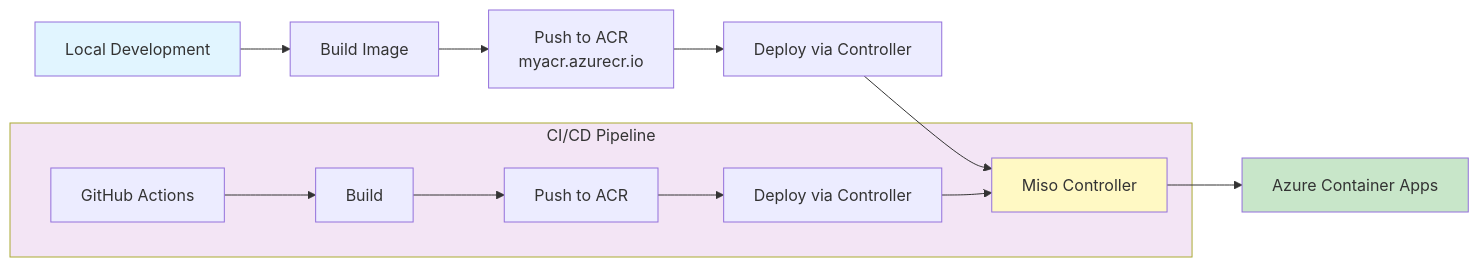
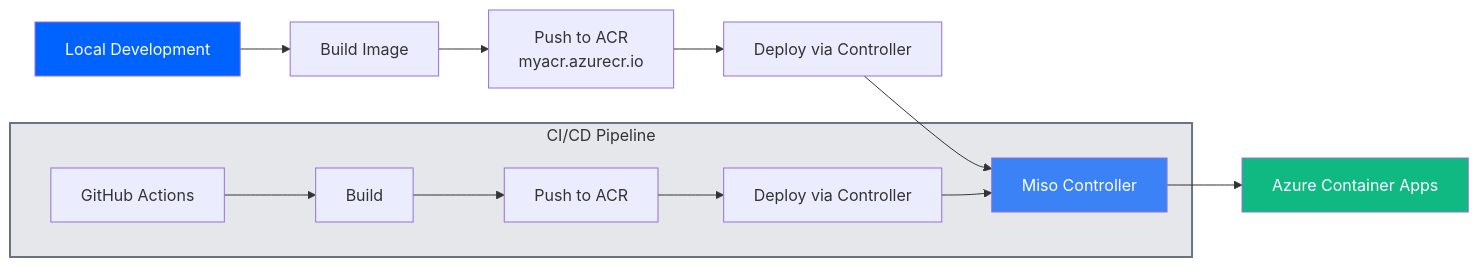
One commit to esystemsdev/aifabrix-builder changed the first of 4 diagrams in docs/DEPLOYING.md. Above: the diagram before and after it, drawn with Mermaid. The commit also changed other lines of this file and 9 other files, not shown here.

````diff
--- a/docs/DEPLOYING.md
+++ b/docs/DEPLOYING.md
@@ -45,20 +45,20 @@
 ```mermaid
 flowchart LR
     Local[Local Development] --> Build[Build Image]
     Build --> Push[Push to ACR<br/>myacr.azurecr.io]
     Push --> Deploy[Deploy via Controller]
     Deploy --> Controller[Miso Controller]
     Controller --> Azure[Azure Container Apps]
     
     subgraph CICD[CI/CD Pipeline]
         GitHub[GitHub Actions] --> BuildCI[Build]
         BuildCI --> PushCI[Push to ACR]
         PushCI --> DeployCI[Deploy via Controller]
         DeployCI --> Controller
     end
     
-    style Local fill:#e1f5ff
-    style Azure fill:#c8e6c9
-    style Controller fill:#fff9c4
-    style CICD fill:#f3e5f5
+    style Local fill:#0062FF,color:#FFFFFF
+    style Azure fill:#10B981,color:#FFFFFF
+    style Controller fill:#3B82F6,color:#FFFFFF
+    style CICD fill:#E5E7EB,stroke:#6B7280,stroke-width:2px
 ```
````
